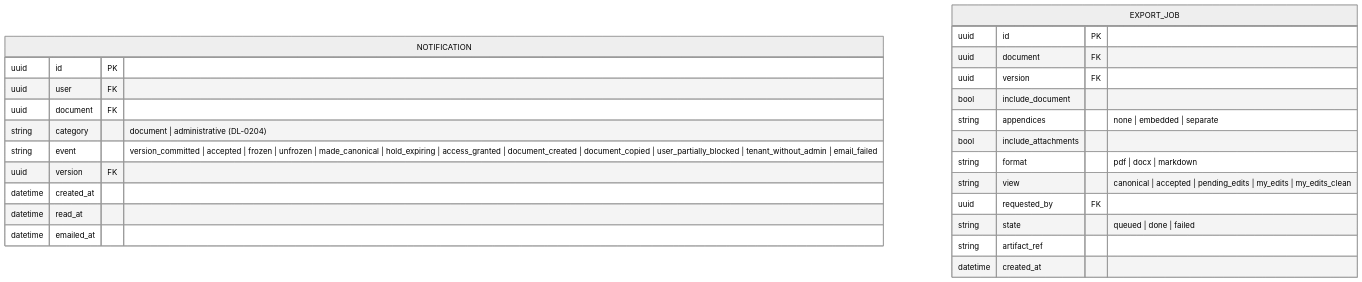
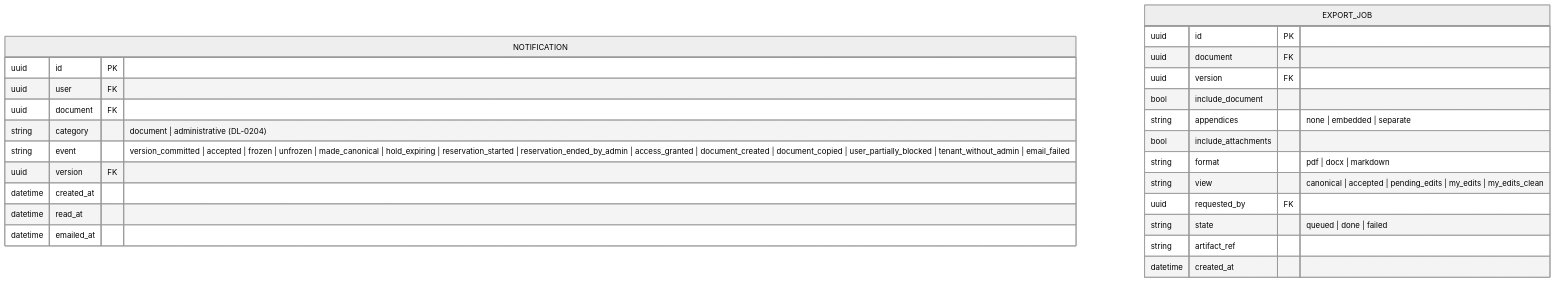
The fifth of 5 diagrams in docs/data-model.md (Oleksii-Zagorskyi/syngraphe), drawn with Mermaid (neutral theme) before and after one commit. The commit also changed other lines of this file and 11 other files, not shown here.

````diff
--- a/docs/data-model.md
+++ b/docs/data-model.md
@@ -464,28 +468,28 @@
 ```mermaid
 erDiagram
     NOTIFICATION {
         uuid id PK
         uuid user FK
         uuid document FK
         string category "document | administrative (DL-0204)"
-        string event "version_committed | accepted | frozen | unfrozen | made_canonical | hold_expiring | access_granted | document_created | document_copied | user_partially_blocked | tenant_without_admin | email_failed"
+        string event "version_committed | accepted | frozen | unfrozen | made_canonical | hold_expiring | reservation_started | reservation_ended_by_admin | access_granted | document_created | document_copied | user_partially_blocked | tenant_without_admin | email_failed"
         uuid version FK
         datetime created_at
         datetime read_at
         datetime emailed_at
     }
     EXPORT_JOB {
         uuid id PK
         uuid document FK
         uuid version FK
         bool include_document
         string appendices "none | embedded | separate"
         bool include_attachments
         string format "pdf | docx | markdown"
         string view "canonical | accepted | pending_edits | my_edits | my_edits_clean"
         uuid requested_by FK
         string state "queued | done | failed"
         string artifact_ref
         datetime created_at
     }
 ```
````
